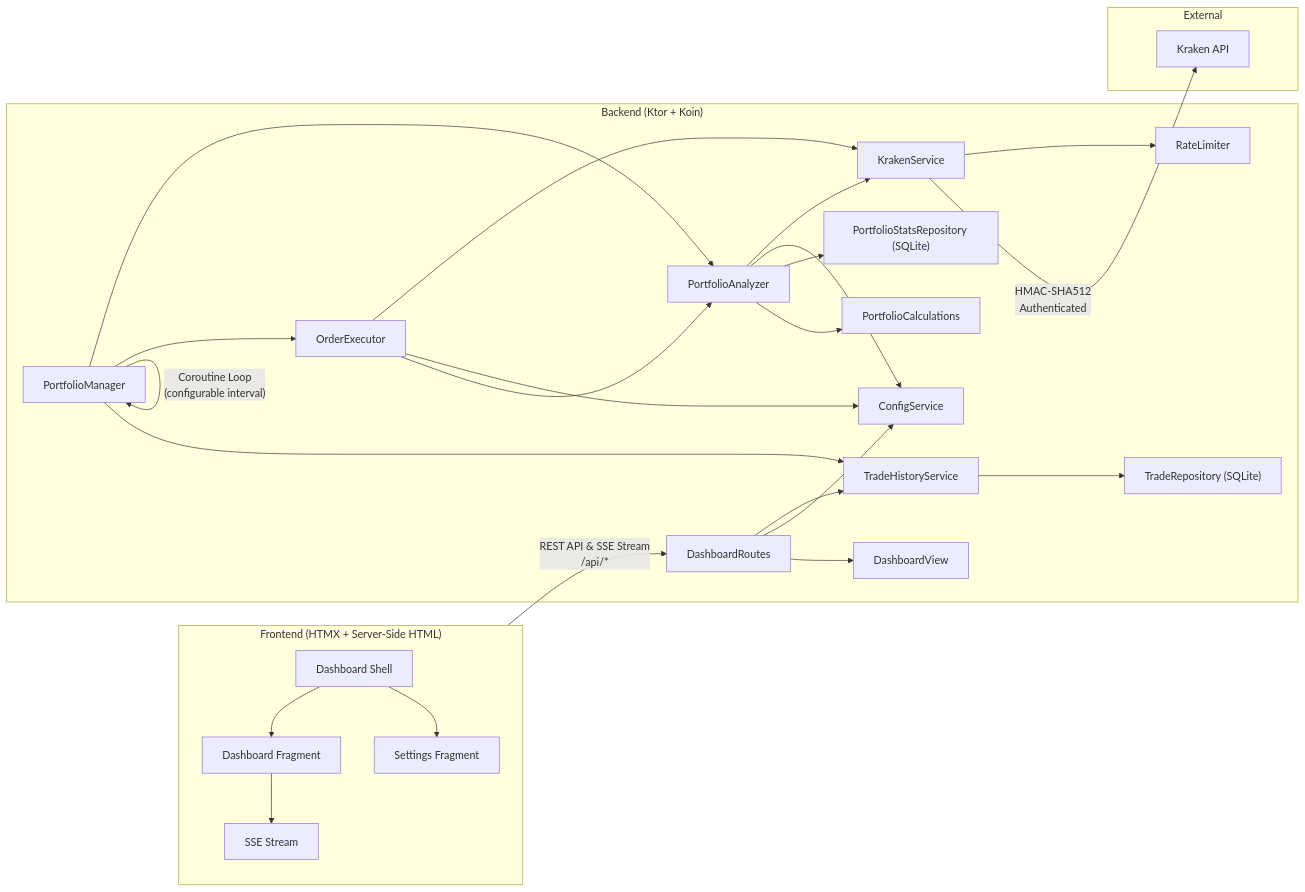
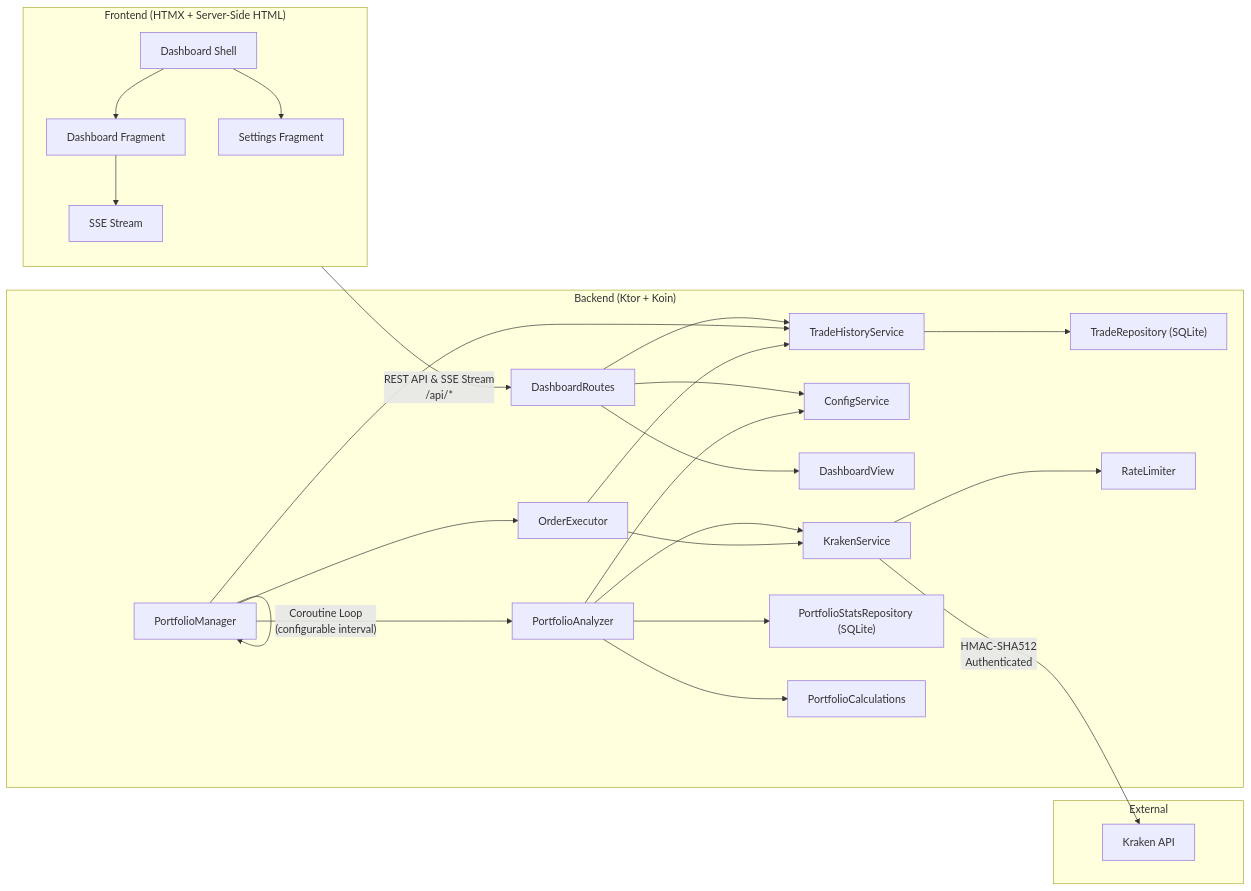
The first of 2 diagrams in README.md (HyperVon/new-kraken-rebalancer), drawn with Mermaid before and after one commit. The commit also changed other lines of this file and 19 other files, not shown here.

````diff
--- a/README.md
+++ b/README.md
@@ -297,35 +297,34 @@
 ```mermaid
 graph LR
     subgraph Frontend["Frontend (HTMX + Server-Side HTML)"]
         D[Dashboard Shell] --> DF[Dashboard Fragment]
         D --> SF[Settings Fragment]
         DF --> SS[SSE Stream]
     end
 
     subgraph Backend["Backend (Ktor + Koin)"]
         DC[DashboardRoutes] --> THS[TradeHistoryService]
         DC --> CS[ConfigService]
         DC --> DV[DashboardView]
         PM[PortfolioManager] --> PA[PortfolioAnalyzer]
         PM --> OE[OrderExecutor]
         PM --> THS
 
         PA --> KS[KrakenService]
         PA --> CS
         PA --> PSR["PortfolioStatsRepository (SQLite)"]
         PA --> PC[PortfolioCalculations]
         OE --> KS
-        OE --> CS
-        OE --> PA
+        OE --> THS
         THS --> TR["TradeRepository (SQLite)"]
         KS --> RL[RateLimiter]
     end
 
     subgraph External
         KA[Kraken API]
     end
 
     Frontend -- "REST API & SSE Stream\n/api/*" --> DC
     PM -- "Coroutine Loop\n(configurable interval)" --> PM
     KS -- "HMAC-SHA512\nAuthenticated" --> KA
 ```
````
